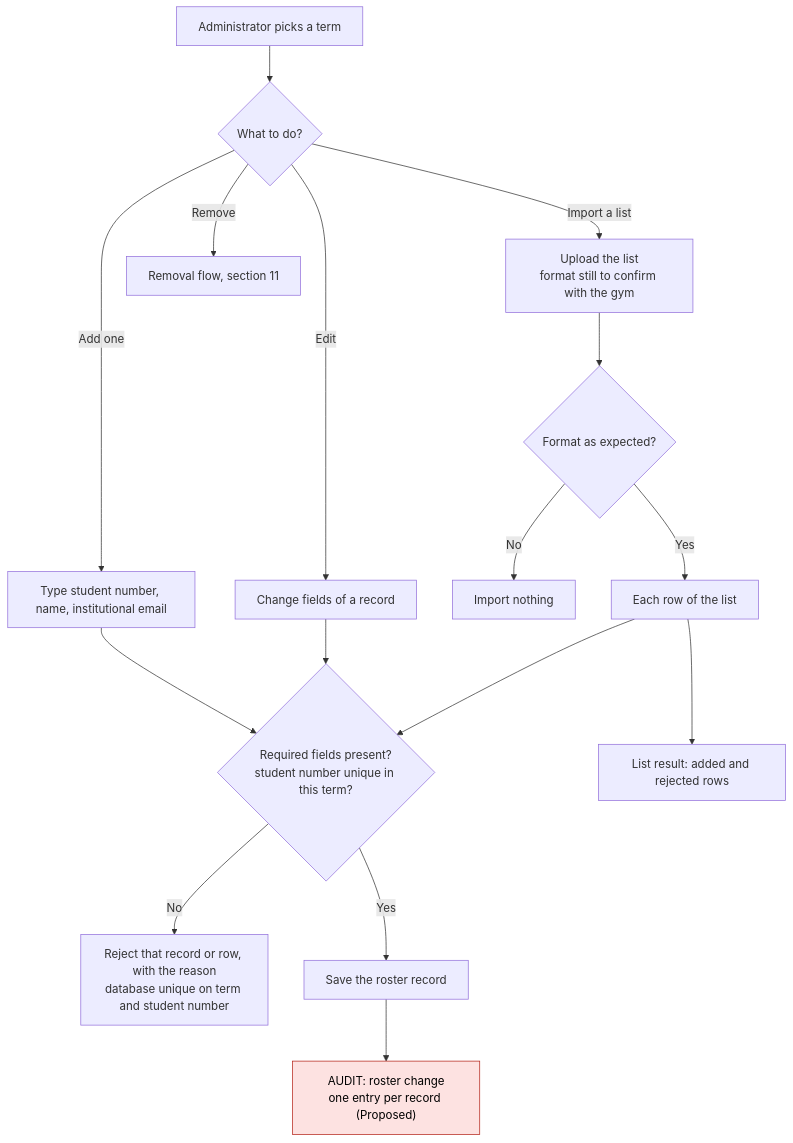
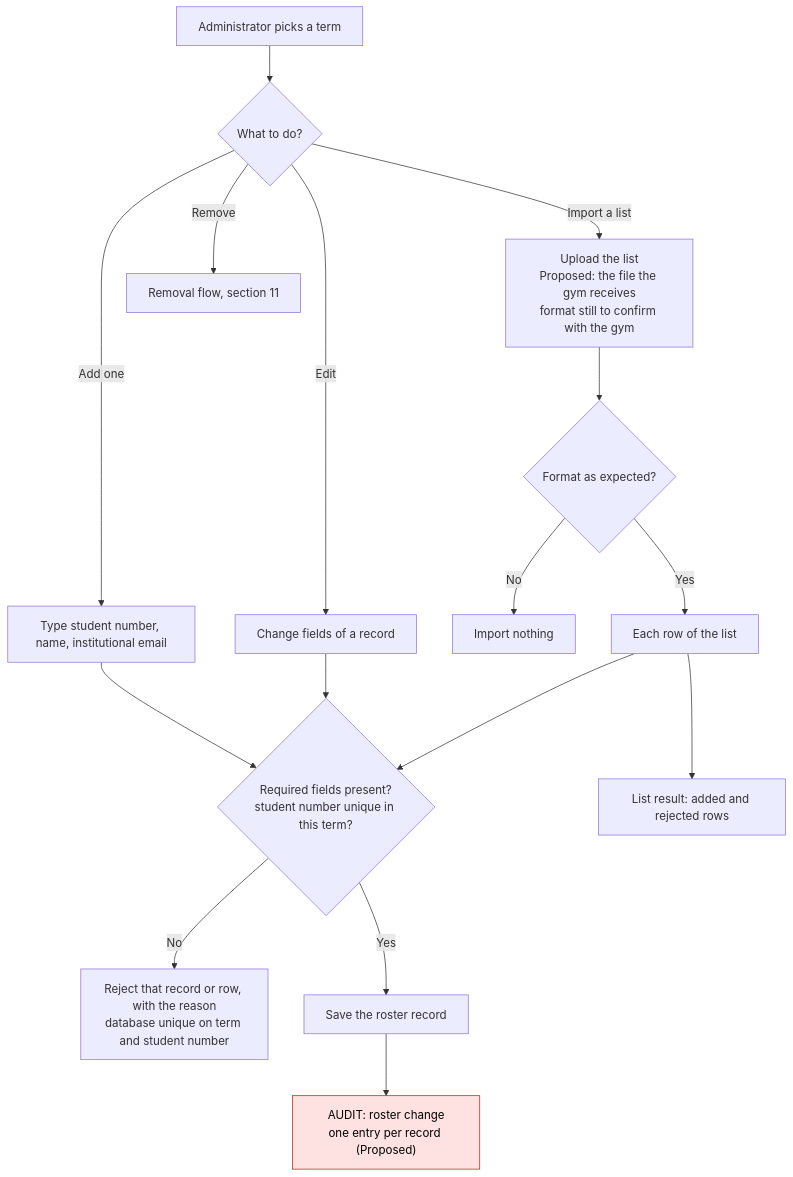
One commit to Th3-Minorities/natatorio-gym-app changed the tenth of 17 diagrams in docs/design/admin-flows.md. Above: the diagram before and after it, drawn with Mermaid. The commit also changed other lines of this file and 7 other files, not shown here.

````diff
--- a/docs/design/admin-flows.md
+++ b/docs/design/admin-flows.md
@@ -306,21 +307,21 @@
 ```mermaid
 flowchart TD
   A0["Administrator picks a term"] --> A1{"What to do?"}
   A1 -->|"Add one"| A2["Type student number, name, institutional email"]
-  A1 -->|"Import a list"| A3["Upload the list<br/>format still to confirm with the gym"]
+  A1 -->|"Import a list"| A3["Upload the list<br/>Proposed: the file the gym receives<br/>format still to confirm with the gym"]
   A1 -->|"Edit"| A4["Change fields of a record"]
   A1 -->|"Remove"| A9["Removal flow, section 11"]
   A3 --> A5{"Format as expected?"}
   A5 -->|"No"| A6["Import nothing"]
   A5 -->|"Yes"| A7["Each row of the list"]
   A2 --> V1{"Required fields present?<br/>student number unique in this term?"}
   A4 --> V1
   A7 --> V1
   V1 -->|"No"| V2["Reject that record or row, with the reason<br/>database unique on term and student number"]
   V1 -->|"Yes"| V3["Save the roster record"]
   V3 --> AU["AUDIT: roster change<br/>one entry per record (Proposed)"]
   A7 --> RL["List result: added and rejected rows"]
 
   classDef audit fill:#fde2e1,stroke:#b42318,color:#000
   class AU audit
 ```
````
